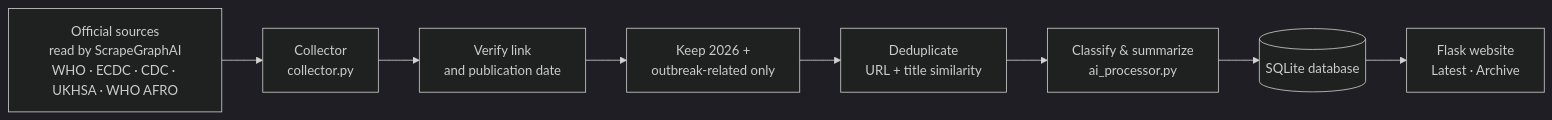
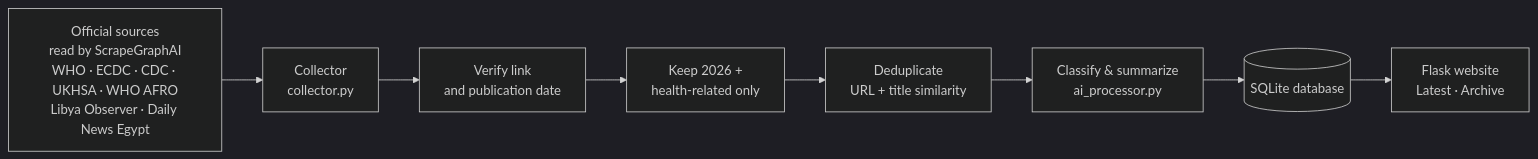
Before and after one commit to MOHZOOM/outbreak-watch: the diagram in README.md, drawn with Mermaid (dark theme). The commit also changed other lines of this file and 5 other files, not shown here.

First line of the commit message:
Add Libya and Egypt health sources and new categories

````diff
--- a/README.md
+++ b/README.md
@@ -29,10 +29,10 @@
 ```mermaid
 flowchart LR
-    A[Official sources<br/>read by ScrapeGraphAI<br/>WHO · ECDC · CDC · UKHSA · WHO AFRO] --> B[Collector<br/>collector.py]
+    A[Official sources<br/>read by ScrapeGraphAI<br/>WHO · ECDC · CDC · UKHSA · WHO AFRO<br/>Libya Observer · Daily News Egypt] --> B[Collector<br/>collector.py]
     B --> C[Verify link<br/>and publication date]
-    C --> D[Keep 2026 +<br/>outbreak-related only]
+    C --> D[Keep 2026 +<br/>health-related only]
     D --> E[Deduplicate<br/>URL + title similarity]
     E --> F[Classify & summarize<br/>ai_processor.py]
     F --> G[(SQLite database)]
     G --> H[Flask website<br/>Latest · Archive]
 ```
````
